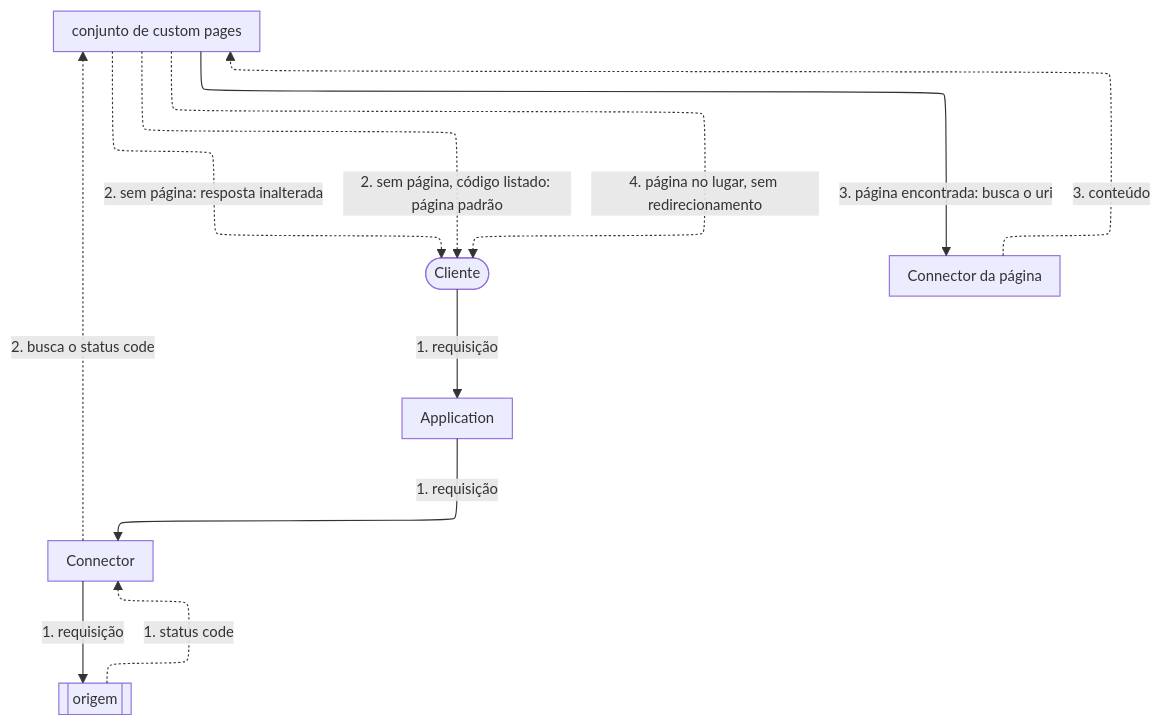
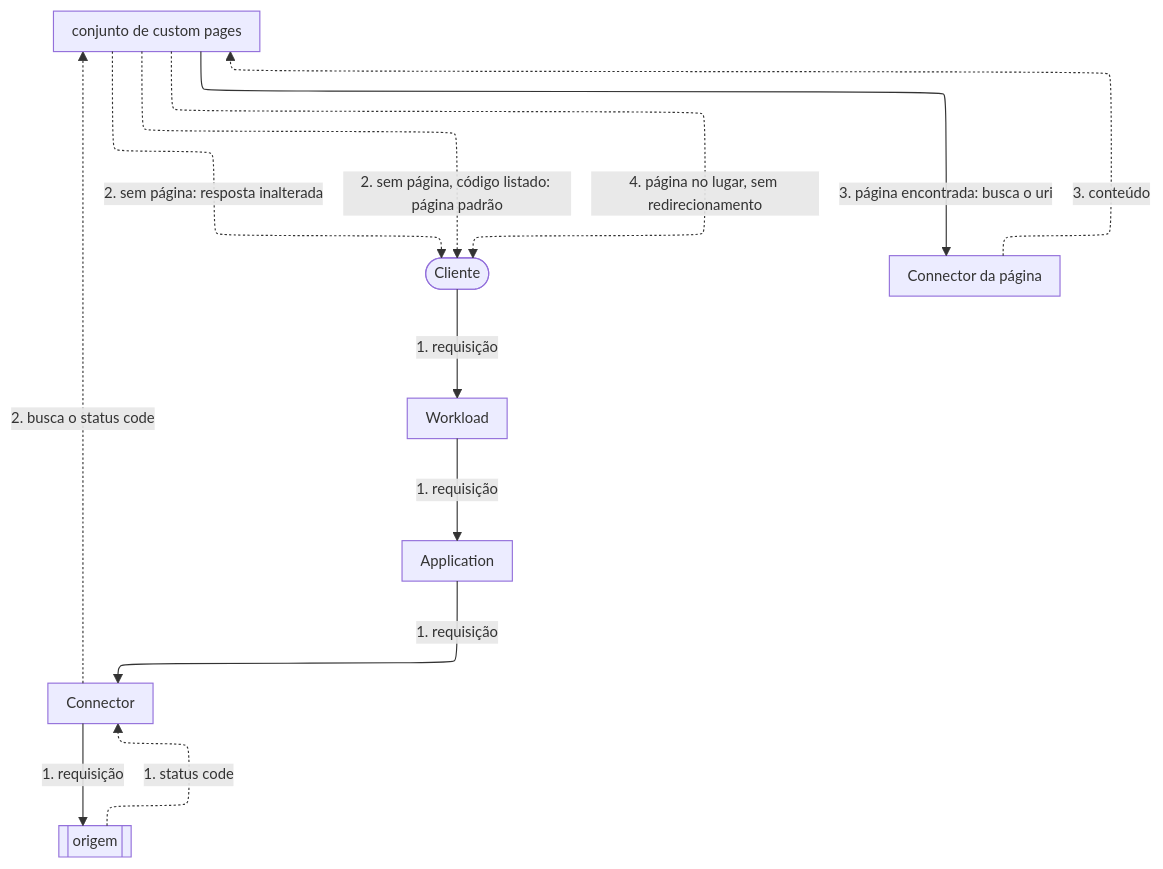
The diagram in apps/docs/src/content/docs/pt-br/pages/secure/custom-pages/visao-geral.mdx (aziontech/docs), drawn with Mermaid before and after one commit. The commit also changed other lines of this file and 132 other files, not shown here.

````diff
--- a/apps/docs/src/content/docs/pt-br/pages/secure/custom-pages/visao-geral.mdx
+++ b/apps/docs/src/content/docs/pt-br/pages/secure/custom-pages/visao-geral.mdx
@@ -27,20 +27,22 @@
 ```mermaid
 %%{init: {"layout": "elk", "elk": {"preset": "modelOrder", "keepEntryNodeOnTop": true}, "themeVariables": {"fontSize": "13px"}, "flowchart": {"nodeSpacing": 24, "rankSpacing": 36, "padding": 8, "wrappingWidth": 150, "useMaxWidth": true}, "sequence": {"width": 120, "actorMargin": 30, "useMaxWidth": true}}}%%
 flowchart TD
   Client(["Cliente"])
+  WL["Workload"]
   App["Application"]
   Conn["Connector"]
   Origin[["origem"]]
   Set["conjunto de custom pages"]
   PConn["Connector da página"]
-  Client -->|"1. requisição"| App
+  Client -->|"1. requisição"| WL
+  WL -->|"1. requisição"| App
   App -->|"1. requisição"| Conn
   Conn -->|"1. requisição"| Origin
   Origin -.->|"1. status code"| Conn
   Conn -.->|"2. busca o status code"| Set
   Set -.->|"2. sem página: resposta inalterada"| Client
   Set -.->|"2. sem página, código listado: página padrão"| Client
   Set -->|"3. página encontrada: busca o uri"| PConn
   PConn -.->|"3. conteúdo"| Set
   Set -.->|"4. página no lugar, sem redirecionamento"| Client
 ```
````
